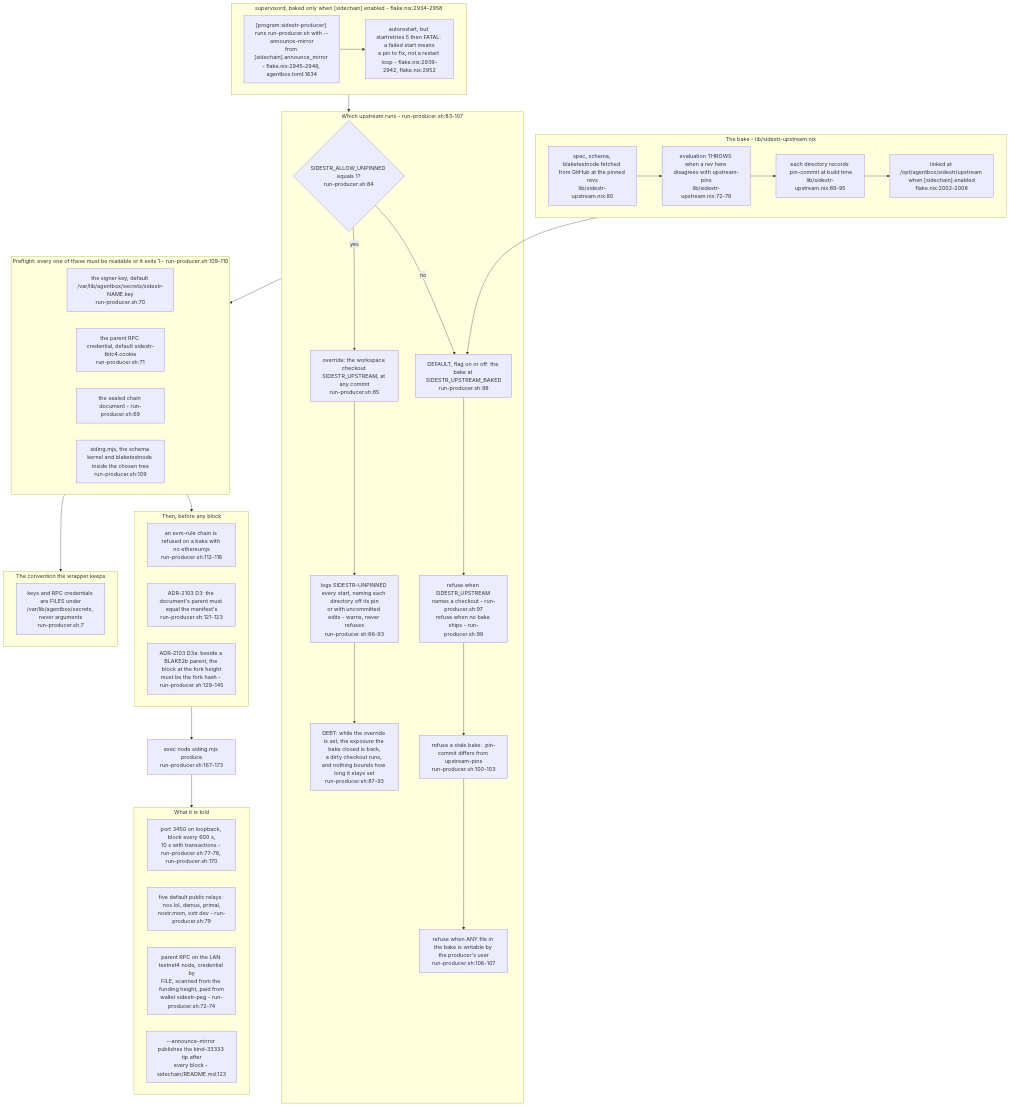
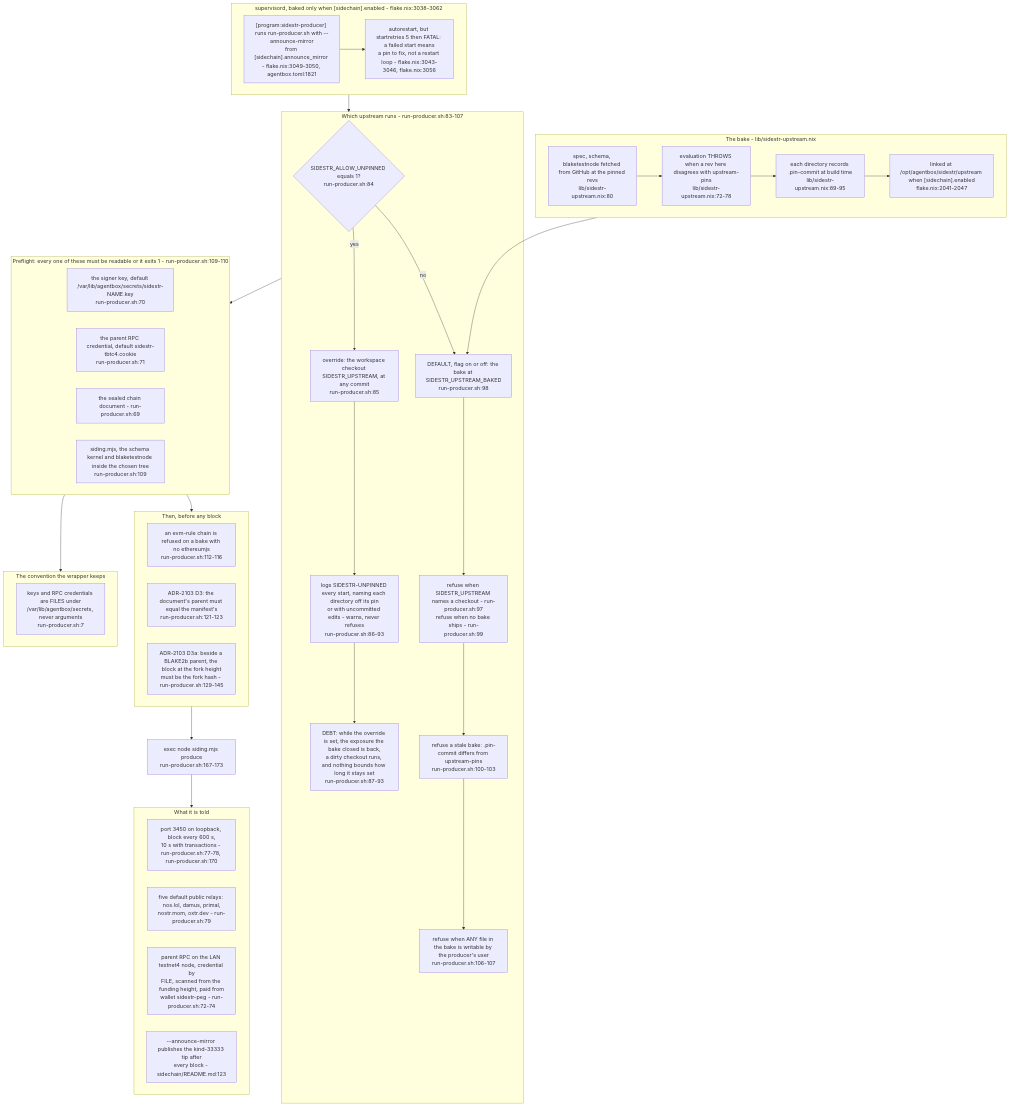
Before and after one commit to DreamLab-AI/VisionFlow: the first of 6 diagrams in docs/diagrams/agentbox/34-sidestr-interim-producer-and-mirror.md, drawn with Mermaid. The commit also changed other lines of this file and 80 other files, not shown here.

First line of the commit message:
docs(diagrams): re-verify the agentbox, dreamlab, estate and visionflow corpus against current sources

````diff
--- a/docs/diagrams/agentbox/34-sidestr-interim-producer-and-mirror.md
+++ b/docs/diagrams/agentbox/34-sidestr-interim-producer-and-mirror.md
@@ -46,54 +46,54 @@
 ```mermaid
 flowchart TB
-    subgraph sup["supervisord, baked only when [sidechain].enabled - flake.nix:2934-2958"]
-        SP["[program:sidestr-producer] runs run-producer.sh with --announce-mirror<br/>from [sidechain].announce_mirror - flake.nix:2945-2946, agentbox.toml:1634"]
-        SR["autorestart, but startretries 5 then FATAL: a failed start means<br/>a pin to fix, not a restart loop - flake.nix:2939-2942, flake.nix:2952"]
+    subgraph sup["supervisord, baked only when [sidechain].enabled - flake.nix:3038-3062"]
+        SP["[program:sidestr-producer] runs run-producer.sh with --announce-mirror<br/>from [sidechain].announce_mirror - flake.nix:3049-3050, agentbox.toml:1821"]
+        SR["autorestart, but startretries 5 then FATAL: a failed start means<br/>a pin to fix, not a restart loop - flake.nix:3043-3046, flake.nix:3056"]
         SP --> SR
     end
     subgraph bake["The bake - lib/sidestr-upstream.nix"]
         B1["spec, schema, blaketestnode fetched from GitHub at the pinned revs<br/>lib/sidestr-upstream.nix:80"]
         B2["evaluation THROWS when a rev here disagrees with upstream-pins<br/>lib/sidestr-upstream.nix:72-78"]
         B3["each directory records .pin-commit at build time<br/>lib/sidestr-upstream.nix:89-95"]
-        B4["linked at /opt/agentbox/sidestr/upstream when [sidechain].enabled<br/>flake.nix:2002-2008"]
+        B4["linked at /opt/agentbox/sidestr/upstream when [sidechain].enabled<br/>flake.nix:2041-2047"]
         B1 --> B2 --> B3 --> B4
     end
     subgraph pick["Which upstream runs - run-producer.sh:83-107"]
         D{"SIDESTR_ALLOW_UNPINNED equals 1?<br/>run-producer.sh:84"}
         BK["DEFAULT, flag on or off: the bake at SIDESTR_UPSTREAM_BAKED<br/>run-producer.sh:98"]
         BK1["refuse when SIDESTR_UPSTREAM names a checkout - run-producer.sh:97<br/>refuse when no bake ships - run-producer.sh:99"]
         BK2["refuse a stale bake: .pin-commit differs from upstream-pins<br/>run-producer.sh:100-103"]
         BK3["refuse when ANY file in the bake is writable by the producer's user<br/>run-producer.sh:106-107"]
         UN["override: the workspace checkout SIDESTR_UPSTREAM, at any commit<br/>run-producer.sh:85"]
         UN1["logs SIDESTR-UNPINNED every start, naming each directory off its pin<br/>or with uncommitted edits - warns, never refuses<br/>run-producer.sh:86-93"]
         UN2["DEBT: while the override is set, the exposure the bake closed is back,<br/>a dirty checkout runs, and nothing bounds how long it stays set<br/>run-producer.sh:87-93"]
         UN1 --> UN2
         D -->|no| BK --> BK1 --> BK2 --> BK3
         D -->|yes| UN --> UN1
     end
     subgraph pre["Preflight: every one of these must be readable or it exits 1 - run-producer.sh:109-110"]
         P1["the signer key, default /var/lib/agentbox/secrets/sidestr-NAME.key<br/>run-producer.sh:70"]
         P2["the parent RPC credential, default sidestr-tbtc4.cookie<br/>run-producer.sh:71"]
         P3["the sealed chain document - run-producer.sh:69"]
         P4["siding.mjs, the schema kernel and blaketestnode inside the chosen tree<br/>run-producer.sh:109"]
     end
     subgraph gates["Then, before any block"]
         G1["an evm-rule chain is refused on a bake with no ethereumjs<br/>run-producer.sh:112-116"]
         G2["ADR-2103 D3: the document's parent must equal the manifest's<br/>run-producer.sh:121-123"]
         G3["ADR-2103 D3a: beside a BLAKE2b parent, the block at the fork height<br/>must be the fork hash - run-producer.sh:129-145"]
     end
     sup --> pick
     bake --> BK
     pick --> pre --> gates
     gates --> EXEC["exec node siding.mjs produce<br/>run-producer.sh:167-173"]
     subgraph args["What it is told"]
         A1["port 3450 on loopback, block every 600 s,<br/>10 s with transactions - run-producer.sh:77-78, run-producer.sh:170"]
         A2["five default public relays: nos.lol, damus, primal,<br/>nostr.mom, oxtr.dev - run-producer.sh:79"]
         A3["parent RPC on the LAN testnet4 node, credential by<br/>FILE, scanned from the funding height, paid from<br/>wallet sidestr-peg - run-producer.sh:72-74"]
         A4["--announce-mirror publishes the kind-33333 tip after<br/>every block - sidechain/README.md:123"]
     end
     EXEC --> args
     subgraph rule["The convention the wrapper keeps"]
         R["keys and RPC credentials are FILES under<br/>/var/lib/agentbox/secrets, never arguments<br/>run-producer.sh:7"]
     end
     pre --> rule
 ```
````
